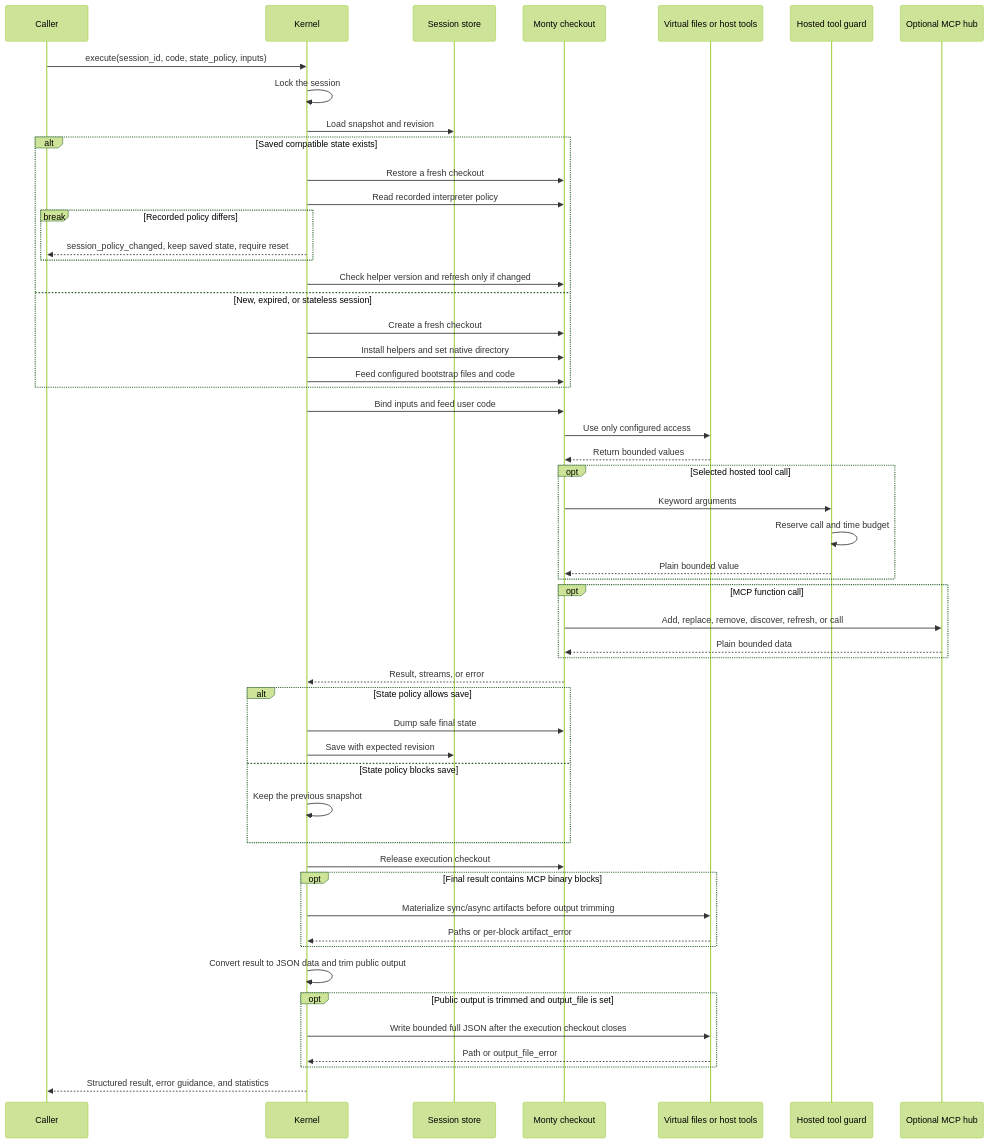
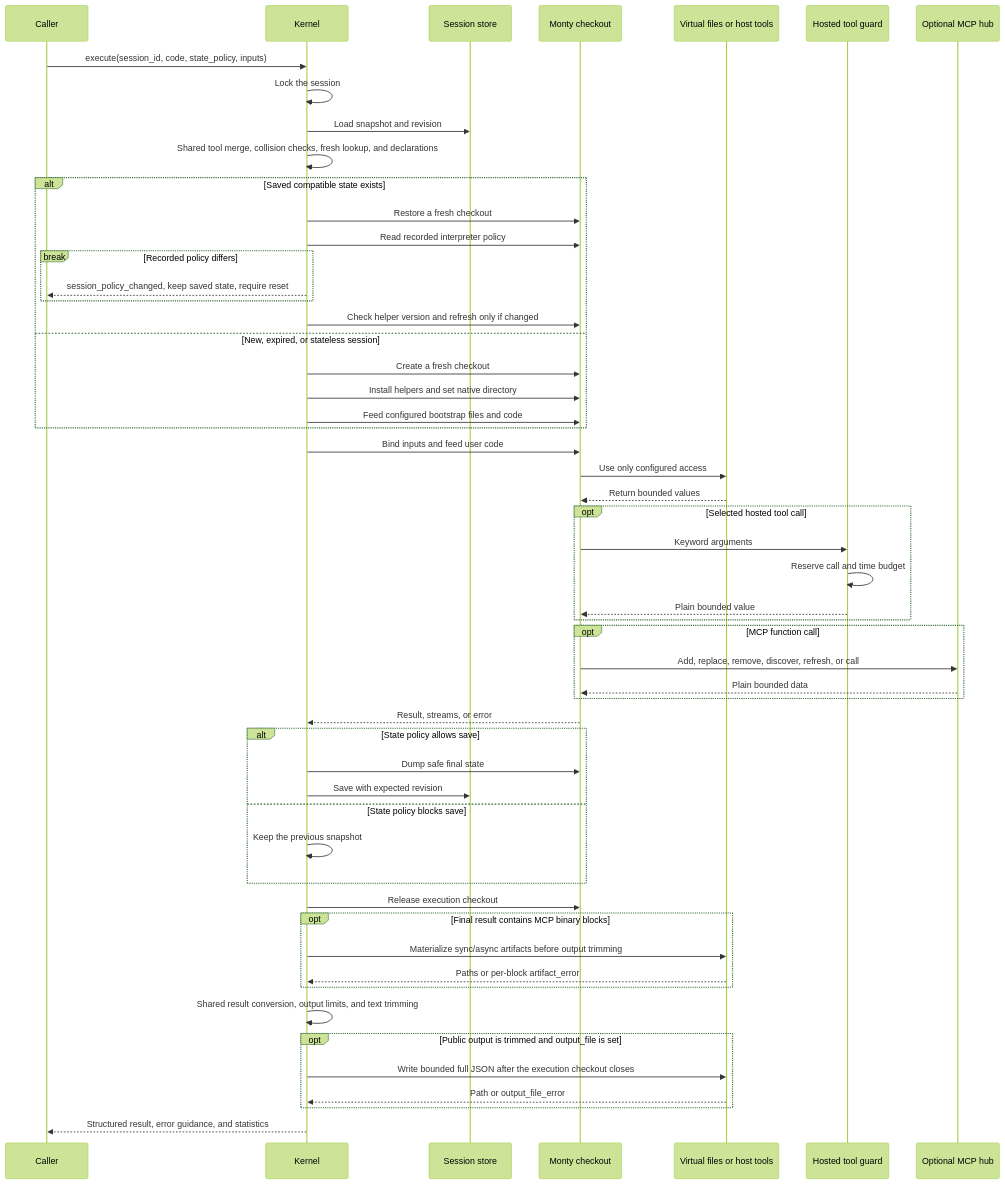
One commit to sgaseretto/arenero changed the second of 6 diagrams in docs/architecture.md. Above: the diagram before and after it, drawn with Mermaid (forest theme). The commit also changed other lines of this file and 17 other files, not shown here.

````diff
--- a/docs/architecture.md
+++ b/docs/architecture.md
@@ -137,56 +137,57 @@
 ```mermaid
 sequenceDiagram
     participant C as Caller
     participant K as Kernel
     participant S as Session store
     participant M as Monty checkout
     participant F as Virtual files or host tools
     participant T as Hosted tool guard
     participant H as Optional MCP hub
 
     C->>K: execute(session_id, code, state_policy, inputs)
     K->>K: Lock the session
     K->>S: Load snapshot and revision
+    K->>K: Shared tool merge, collision checks, fresh lookup, and declarations
     alt Saved compatible state exists
         K->>M: Restore a fresh checkout
         K->>M: Read recorded interpreter policy
         break Recorded policy differs
             K-->>C: session_policy_changed, keep saved state, require reset
         end
         K->>M: Check helper version and refresh only if changed
     else New, expired, or stateless session
         K->>M: Create a fresh checkout
         K->>M: Install helpers and set native directory
         K->>M: Feed configured bootstrap files and code
     end
     K->>M: Bind inputs and feed user code
     M->>F: Use only configured access
     F-->>M: Return bounded values
     opt Selected hosted tool call
         M->>T: Keyword arguments
         T->>T: Reserve call and time budget
         T-->>M: Plain bounded value
     end
     opt MCP function call
         M->>H: Add, replace, remove, discover, refresh, or call
         H-->>M: Plain bounded data
     end
     M-->>K: Result, streams, or error
     alt State policy allows save
         K->>M: Dump safe final state
         K->>S: Save with expected revision
     else State policy blocks save
         K->>K: Keep the previous snapshot
     end
     K->>M: Release execution checkout
     opt Final result contains MCP binary blocks
         K->>F: Materialize sync/async artifacts before output trimming
         F-->>K: Paths or per-block artifact_error
     end
-    K->>K: Convert result to JSON data and trim public output
+    K->>K: Shared result conversion, output limits, and text trimming
     opt Public output is trimmed and output_file is set
         K->>F: Write bounded full JSON after the execution checkout closes
         F-->>K: Path or output_file_error
     end
     K-->>C: Structured result, error guidance, and statistics
 ```
````
